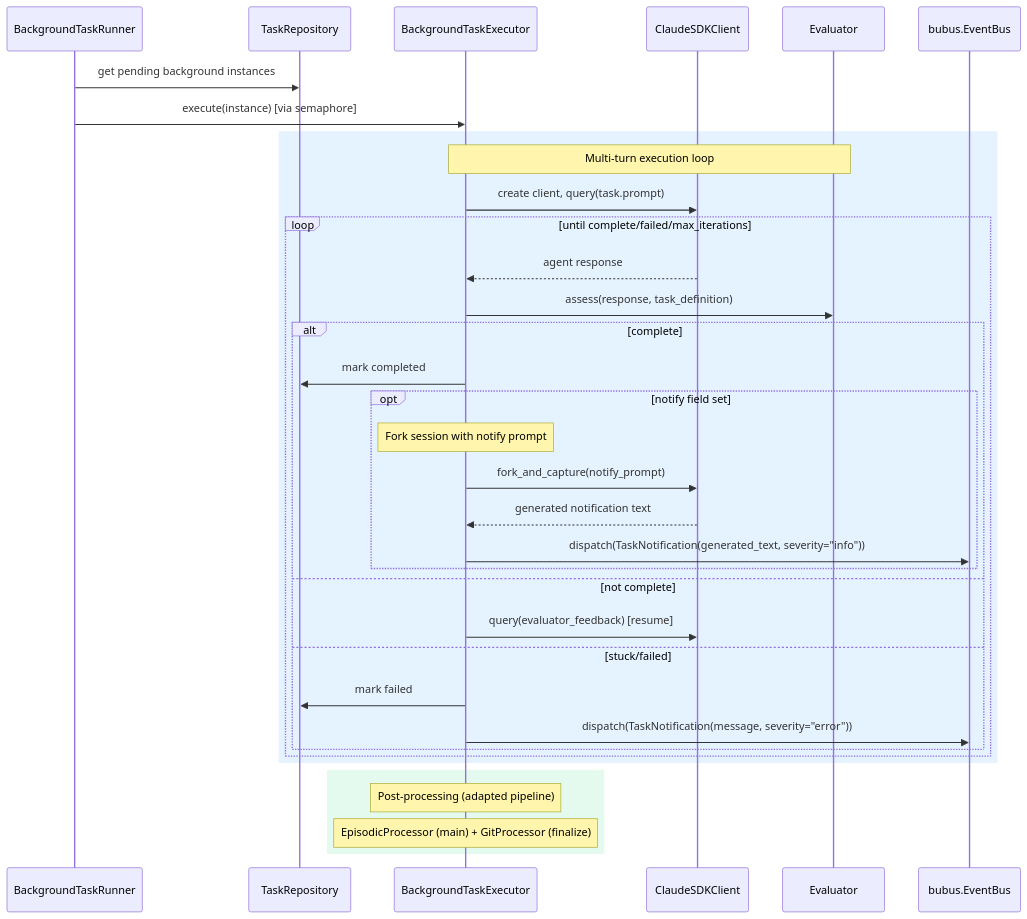
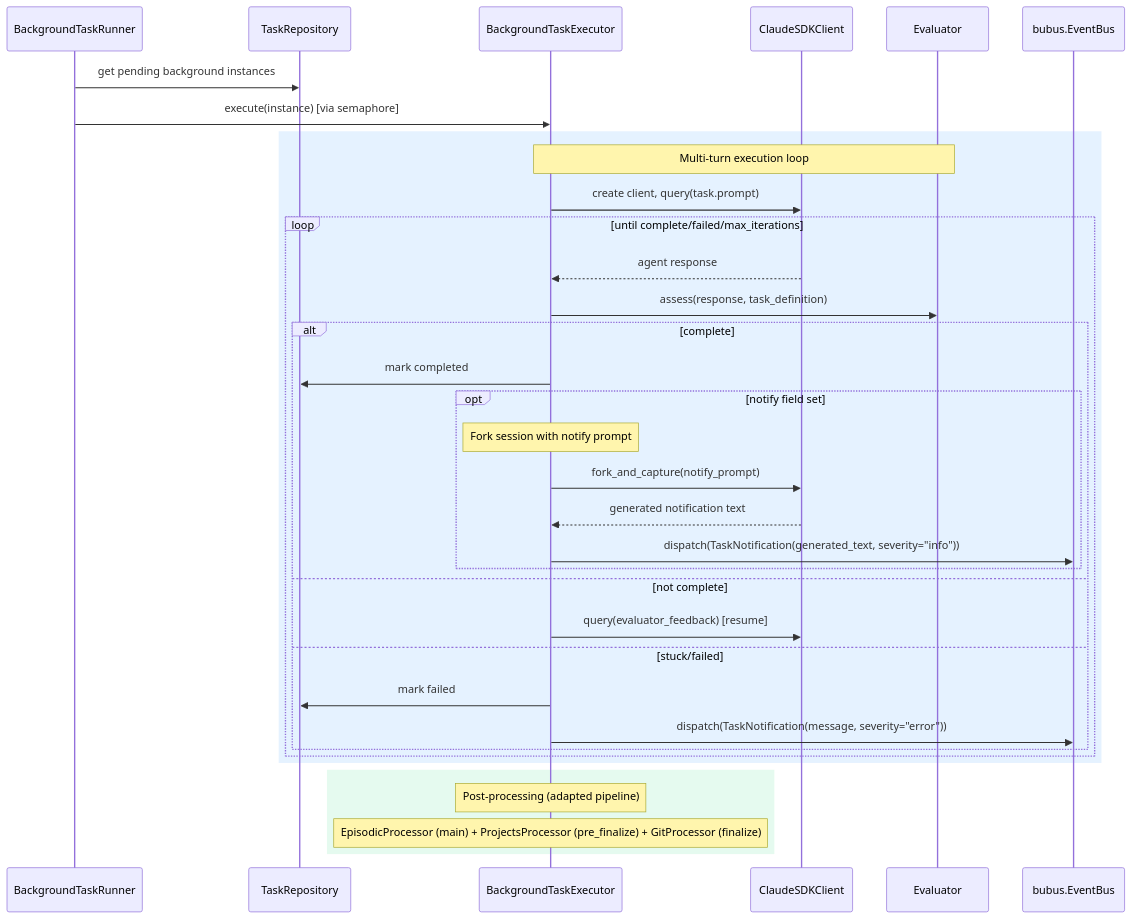
Before and after one commit to asermax/tachikoma: the diagram in docs/feature-designs/tasks/background-task-execution.md, drawn with Mermaid. The commit also changed other lines of this file and 1 other file, not shown here.

````diff
--- a/docs/feature-designs/tasks/background-task-execution.md
+++ b/docs/feature-designs/tasks/background-task-execution.md
@@ -62,40 +62,40 @@
 ```mermaid
 sequenceDiagram
     participant Runner as BackgroundTaskRunner
     participant Repo as TaskRepository
     participant Exec as BackgroundTaskExecutor
     participant SDK as ClaudeSDKClient
     participant Eval as Evaluator
     participant Bus as bubus.EventBus
 
     Runner->>Repo: get pending background instances
     Runner->>Exec: execute(instance) [via semaphore]
 
     rect rgba(0, 128, 255, 0.1)
         Note over Exec,Eval: Multi-turn execution loop
         Exec->>SDK: create client, query(task.prompt)
         loop until complete/failed/max_iterations
             SDK-->>Exec: agent response
             Exec->>Eval: assess(response, task_definition)
             alt complete
                 Exec->>Repo: mark completed
                 opt notify field set
                     Note over Exec: Fork session with notify prompt
                     Exec->>SDK: fork_and_capture(notify_prompt)
                     SDK-->>Exec: generated notification text
                     Exec->>Bus: dispatch(TaskNotification(generated_text, severity="info"))
                 end
             else not complete
                 Exec->>SDK: query(evaluator_feedback) [resume]
             else stuck/failed
                 Exec->>Repo: mark failed
                 Exec->>Bus: dispatch(TaskNotification(message, severity="error"))
             end
         end
     end
 
     rect rgba(0, 200, 100, 0.1)
         Note over Exec: Post-processing (adapted pipeline)
-        Note over Exec: EpisodicProcessor (main) + GitProcessor (finalize)
+        Note over Exec: EpisodicProcessor (main) + ProjectsProcessor (pre_finalize) + GitProcessor (finalize)
     end
 ```
````
